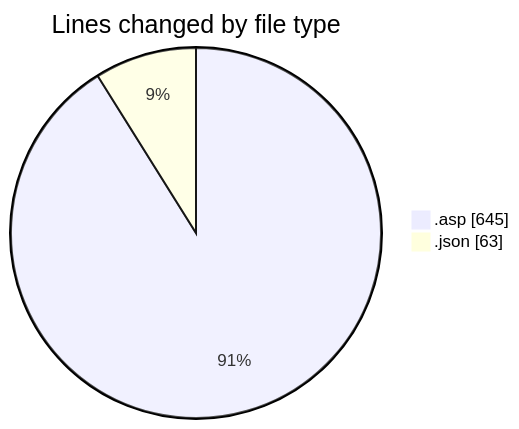
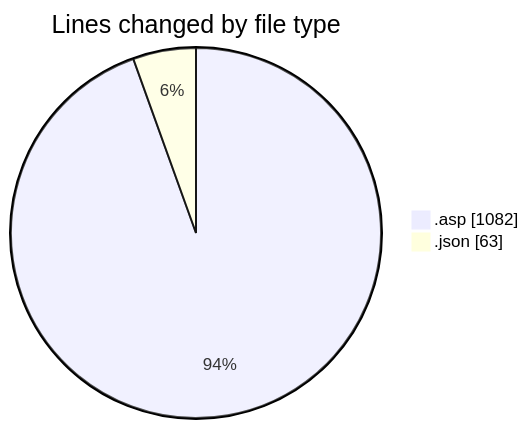
Before and after one commit to julien-gomy/code-tracking: the first of 2 diagrams in 2025-10-20/usr_aleoudev_fr__workspace_/README.md, drawn with Mermaid. The commit also changed other lines of this file and 1 other file, not shown here.

````diff
--- a/2025-10-20/usr_aleoudev_fr__workspace_/README.md
+++ b/2025-10-20/usr_aleoudev_fr__workspace_/README.md
@@ -22,6 +23,6 @@
 ```mermaid
 pie showData
 title Lines changed by file type
-".asp" : 645
+".asp" : 1082
 ".json" : 63
 ```
````
